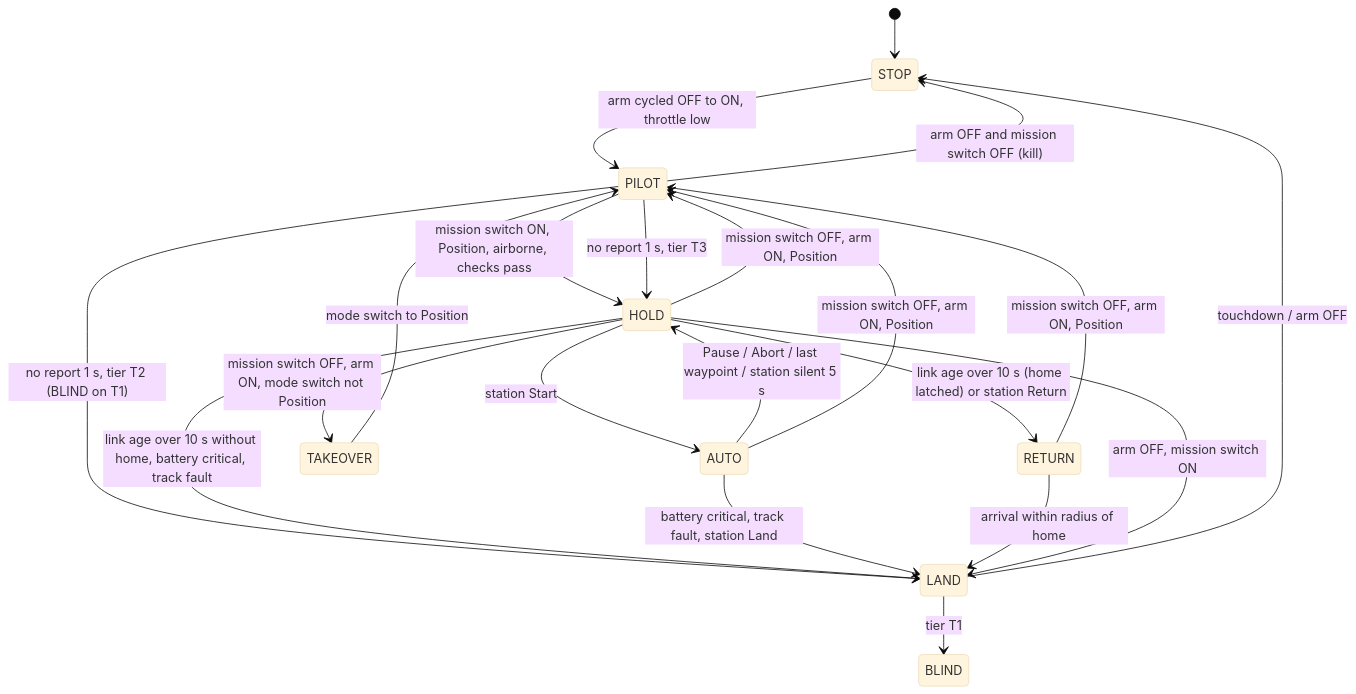
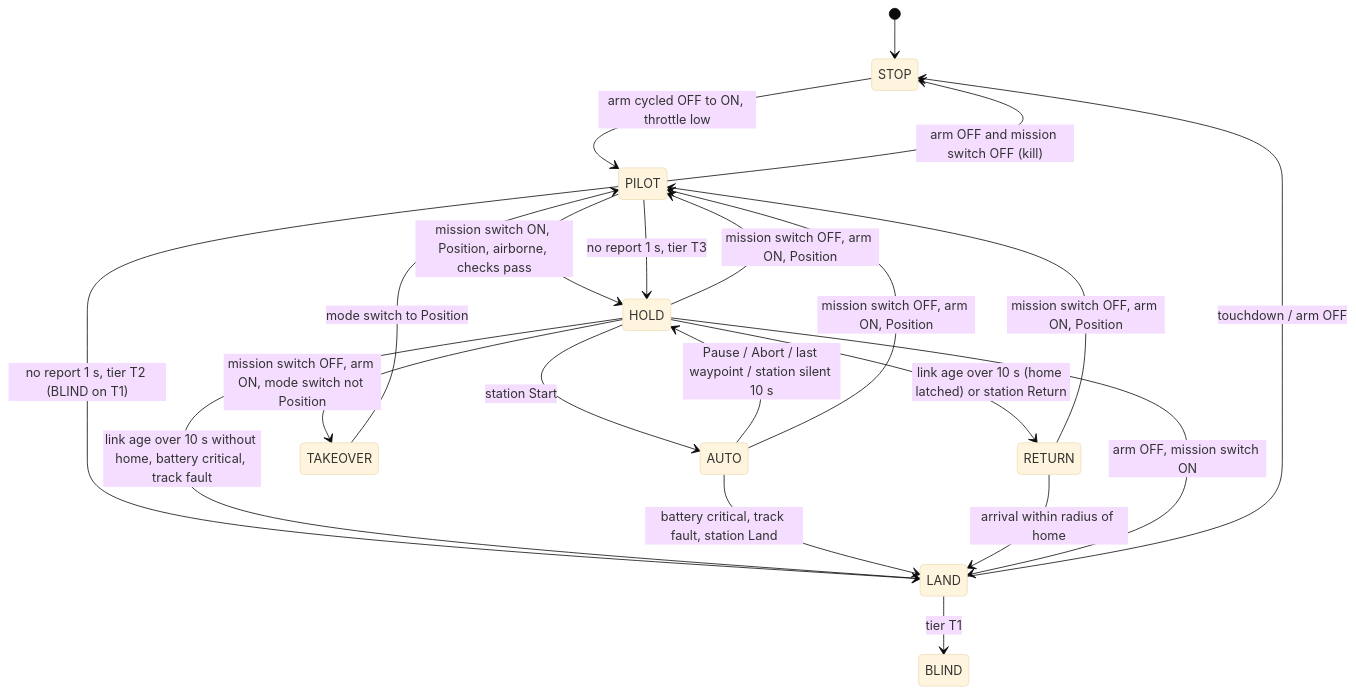
The diagram in docs/flight-modes.md (Lmx154/MARV-FC), drawn with Mermaid (base theme) before and after one commit. The commit also changed other lines of this file and 3 other files, not shown here.

````diff
--- a/docs/flight-modes.md
+++ b/docs/flight-modes.md
@@ -25,23 +25,23 @@
 ```mermaid
 stateDiagram-v2
     [*] --> STOP
     STOP --> PILOT: arm cycled OFF to ON, throttle low
     PILOT --> HOLD: mission switch ON, Position, airborne, checks pass
     PILOT --> HOLD: no report 1 s, tier T3
     PILOT --> LAND: no report 1 s, tier T2 (BLIND on T1)
     HOLD --> AUTO: station Start
-    AUTO --> HOLD: Pause / Abort / last waypoint / station silent 5 s
+    AUTO --> HOLD: Pause / Abort / last waypoint / station silent 10 s
     HOLD --> RETURN: link age over 10 s (home latched) or station Return
     HOLD --> LAND: link age over 10 s without home, battery critical, track fault
     AUTO --> LAND: battery critical, track fault, station Land
     RETURN --> LAND: arrival within radius of home
     HOLD --> PILOT: mission switch OFF, arm ON, Position
     AUTO --> PILOT: mission switch OFF, arm ON, Position
     RETURN --> PILOT: mission switch OFF, arm ON, Position
     HOLD --> TAKEOVER: mission switch OFF, arm ON, mode switch not Position
     TAKEOVER --> PILOT: mode switch to Position
     PILOT --> STOP: arm OFF and mission switch OFF (kill)
     HOLD --> LAND: arm OFF, mission switch ON
     LAND --> STOP: touchdown / arm OFF
     LAND --> BLIND: tier T1
 ```
````
